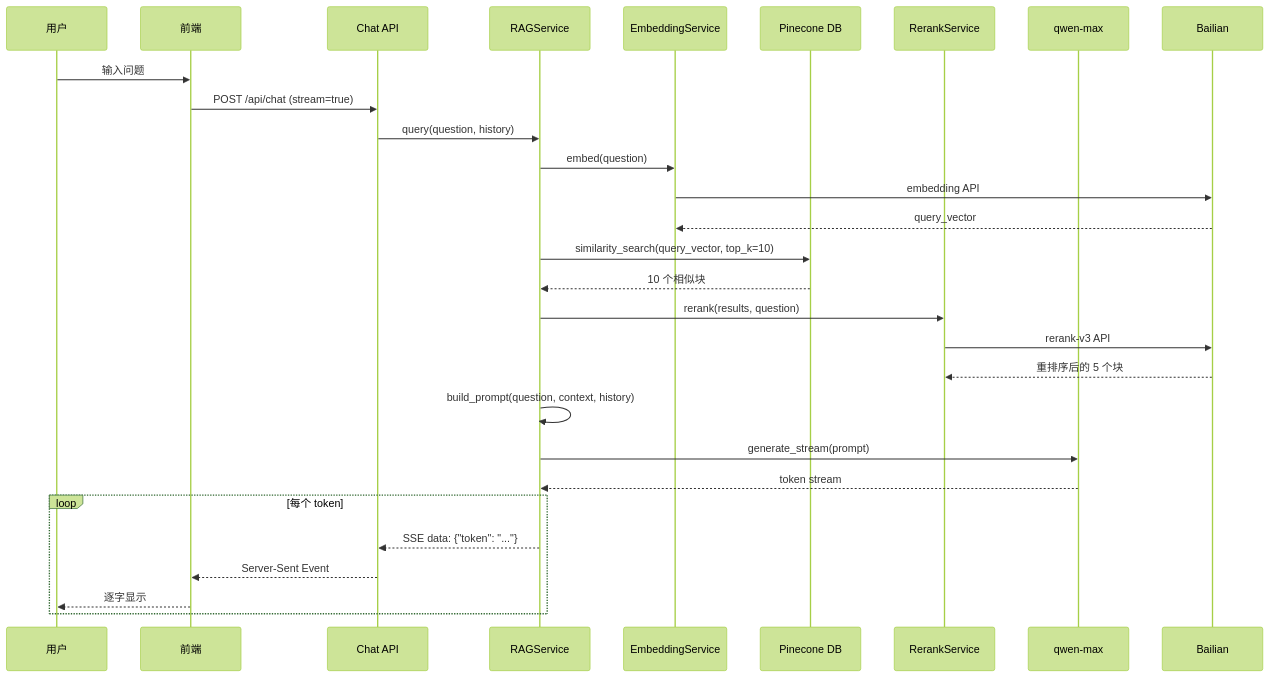
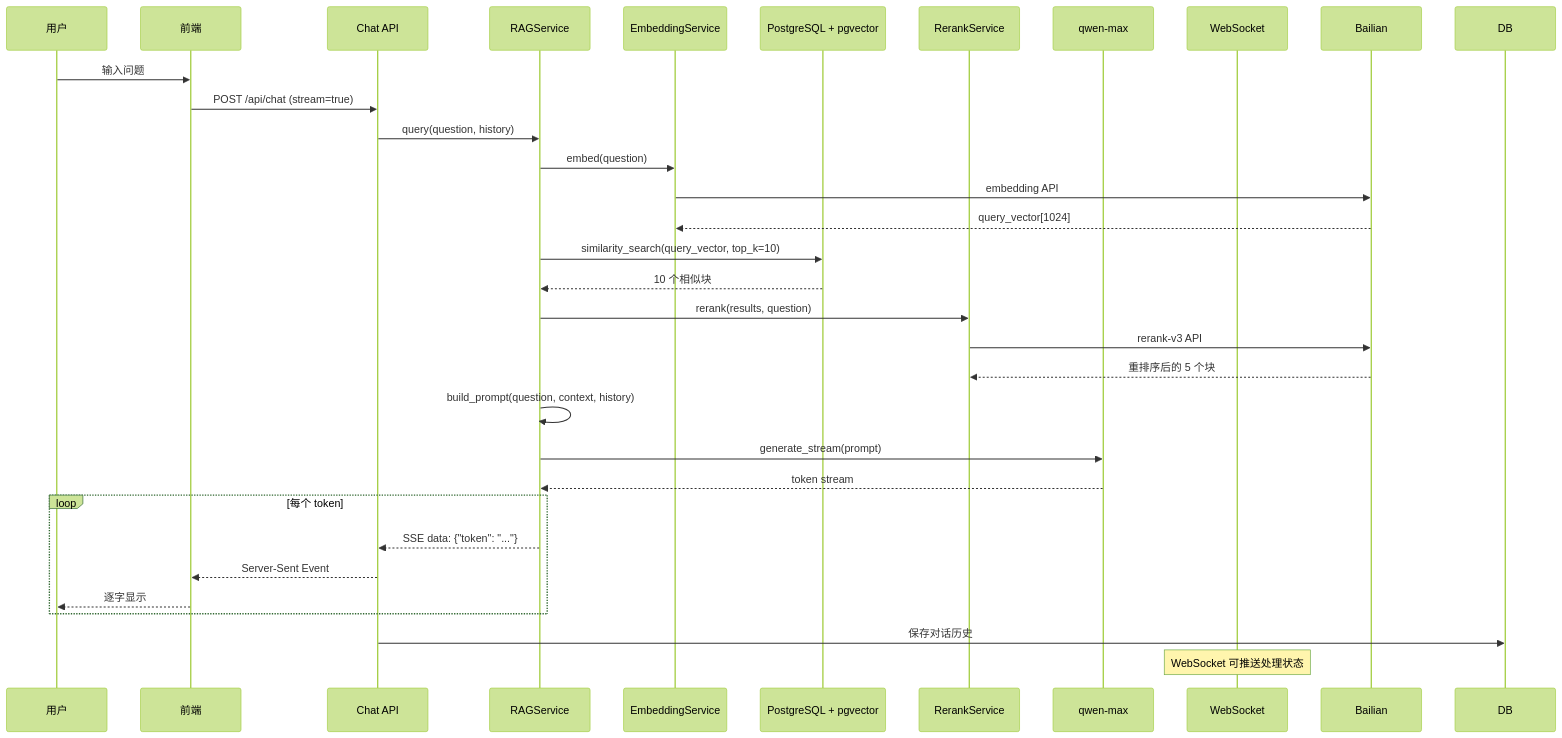
One commit to zhangjian24/llm changed the third of 4 diagrams in document-qa-system/docs/SAD.md. Above: the diagram before and after it, drawn with Mermaid (forest theme). The commit also changed other lines of this file, not shown here.

First line of the commit message:
feat(storage): 更换向量存储为PostgreSQL+pgvector

````diff
--- a/document-qa-system/docs/SAD.md
+++ b/document-qa-system/docs/SAD.md
@@ -190,36 +211,40 @@
 ```mermaid
 sequenceDiagram
     participant User as 用户
     participant FE as 前端
     participant ChatAPI as Chat API
     participant RAGSvc as RAGService
     participant EmbSvc as EmbeddingService
-    participant Pinecone as Pinecone DB
+    participant PG as PostgreSQL + pgvector
     participant RerankSvc as RerankService
     participant LLM as qwen-max
+    participant WS as WebSocket
     
     User->>FE: 输入问题
     FE->>ChatAPI: POST /api/chat (stream=true)
     ChatAPI->>RAGSvc: query(question, history)
     
     RAGSvc->>EmbSvc: embed(question)
     EmbSvc->>Bailian: embedding API
-    Bailian-->>EmbSvc: query_vector
+    Bailian-->>EmbSvc: query_vector[1024]
     
-    RAGSvc->>Pinecone: similarity_search(query_vector, top_k=10)
-    Pinecone-->>RAGSvc: 10 个相似块
+    RAGSvc->>PG: similarity_search(query_vector, top_k=10)
+    PG-->>RAGSvc: 10 个相似块
     
     RAGSvc->>RerankSvc: rerank(results, question)
     RerankSvc->>Bailian: rerank-v3 API
     Bailian-->>RerankSvc: 重排序后的 5 个块
     
     RAGSvc->>RAGSvc: build_prompt(question, context, history)
     RAGSvc->>LLM: generate_stream(prompt)
     LLM-->>RAGSvc: token stream
     
     loop 每个 token
         RAGSvc-->>ChatAPI: SSE data: {"token": "..."}
         ChatAPI-->>FE: Server-Sent Event
         FE-->>User: 逐字显示
     end
+    
+    ChatAPI->>DB: 保存对话历史
+    Note over WS: WebSocket 可推送处理状态
 ```
````
